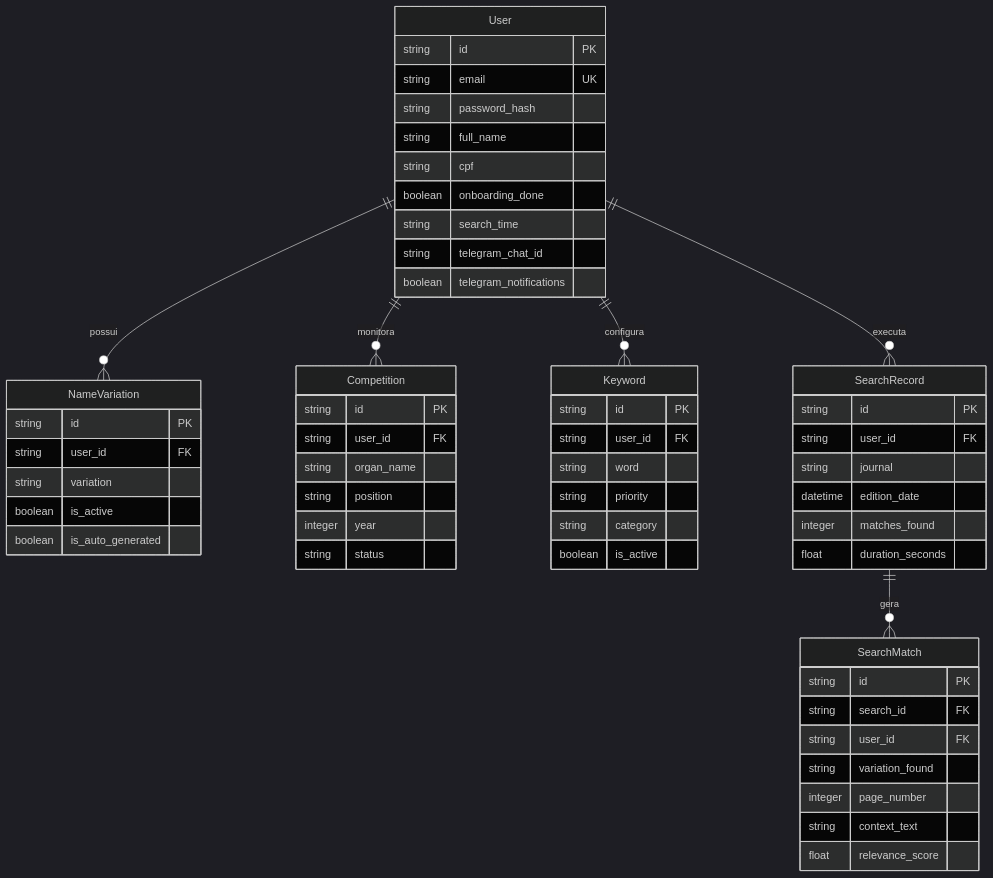
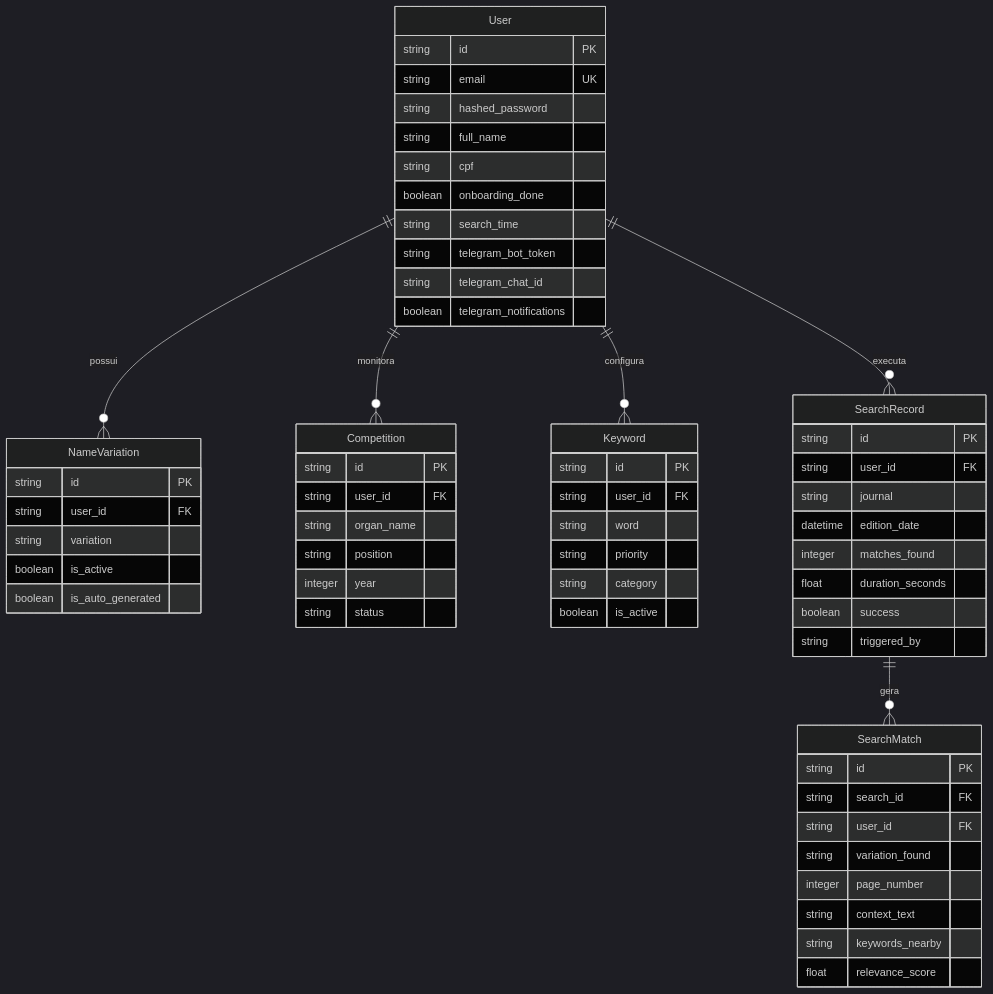
One commit to juciwaldo/diario-oficial-inteligente changed the diagram in docs/DOCUMENTACAO_TECNICA_COMPLETA.md. Above: the diagram before and after it, drawn with Mermaid (dark theme). The commit also changed other lines of this file, not shown here.

````diff
--- a/docs/DOCUMENTACAO_TECNICA_COMPLETA.md
+++ b/docs/DOCUMENTACAO_TECNICA_COMPLETA.md
@@ -48,65 +60,69 @@
 ```mermaid
 erDiagram
     User ||--o{ NameVariation : "possui"
     User ||--o{ Competition : "monitora"
     User ||--o{ Keyword : "configura"
     User ||--o{ SearchRecord : "executa"
     SearchRecord ||--o{ SearchMatch : "gera"
 
     User {
         string id PK
         string email UK
-        string password_hash
+        string hashed_password
         string full_name
         string cpf
         boolean onboarding_done
         string search_time
+        string telegram_bot_token
         string telegram_chat_id
         boolean telegram_notifications
     }
 
     NameVariation {
         string id PK
         string user_id FK
         string variation
         boolean is_active
         boolean is_auto_generated
     }
 
     Competition {
         string id PK
         string user_id FK
         string organ_name
         string position
         integer year
         string status
     }
 
     Keyword {
         string id PK
         string user_id FK
         string word
         string priority
         string category
         boolean is_active
     }
 
     SearchRecord {
         string id PK
         string user_id FK
         string journal
         datetime edition_date
         integer matches_found
         float duration_seconds
+        boolean success
+        string triggered_by
     }
 
     SearchMatch {
         string id PK
         string search_id FK
         string user_id FK
         string variation_found
         integer page_number
         string context_text
+        string keywords_nearby
         float relevance_score
     }
 ```
````
